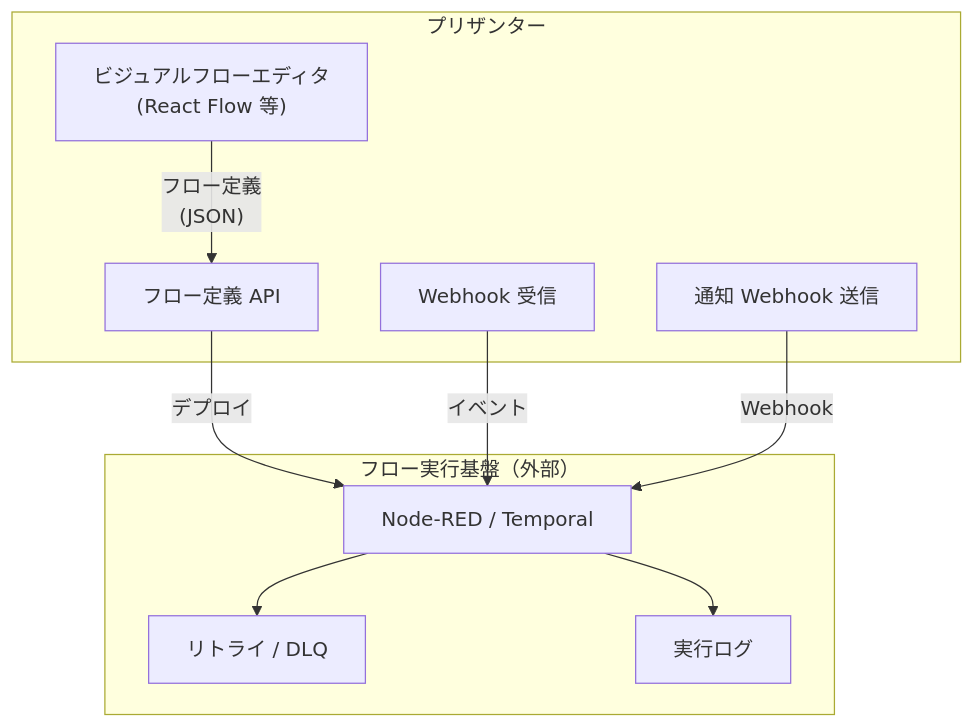
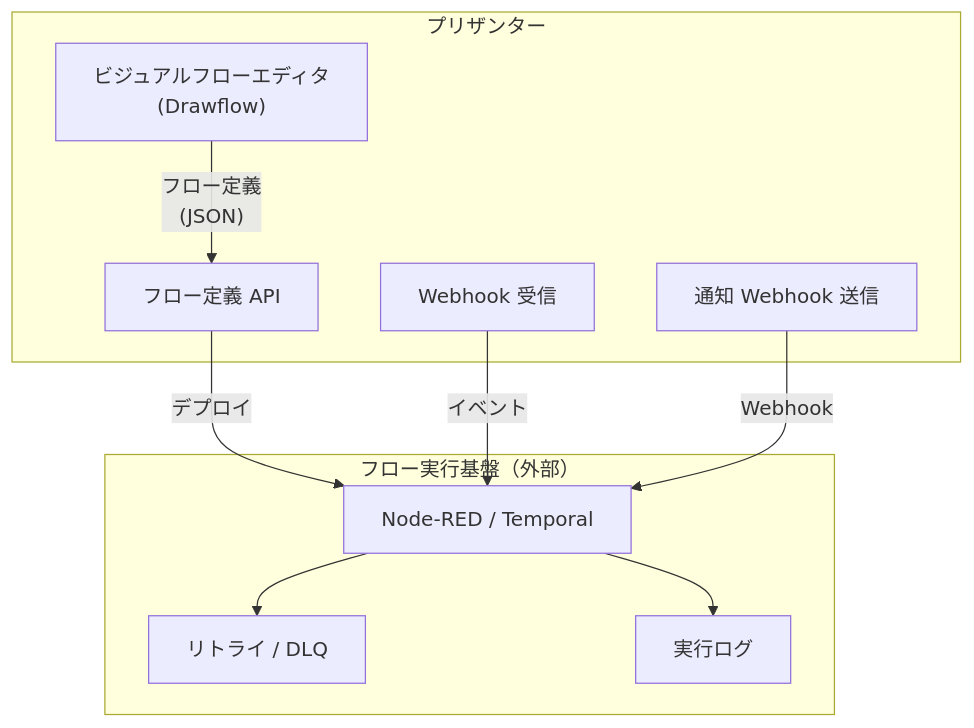
The sixth of 10 diagrams in docs/research/03-データ操作・API/006-Webhook・iPaaS連携の実現可能性調査.md (vehiclevisionjp/VehicleVision.Pleasanter.ResearchDocuments), drawn with Mermaid before and after one commit. The commit also changed other lines of this file, not shown here.

````diff
--- a/docs/research/03-データ操作・API/006-Webhook・iPaaS連携の実現可能性調査.md
+++ b/docs/research/03-データ操作・API/006-Webhook・iPaaS連携の実現可能性調査.md
@@ -524,21 +537,21 @@
 ```mermaid
 flowchart TB
     subgraph Pleasanter3["プリザンター"]
-        VE2["ビジュアルフローエディタ\n(React Flow 等)"]
+        VE2["ビジュアルフローエディタ\n(Drawflow)"]
         FD2["フロー定義 API"]
         WH_IN2["Webhook 受信"]
         NT4["通知 Webhook 送信"]
     end
     subgraph FlowRuntime["フロー実行基盤（外部）"]
         NR["Node-RED / Temporal"]
         DQ["リトライ / DLQ"]
         LOG["実行ログ"]
     end
 
     VE2 -->|"フロー定義\n(JSON)"| FD2
     FD2 -->|"デプロイ"| NR
     WH_IN2 -->|"イベント"| NR
     NT4 -->|"Webhook"| NR
     NR --> DQ
     NR --> LOG
 ```
````
